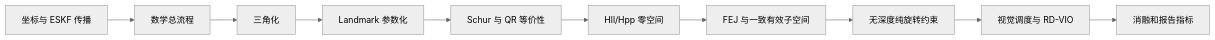
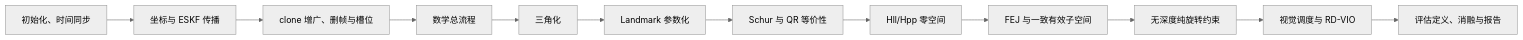
Before and after one commit to CainHu/SchurVIO: the diagram in docs/README.md, drawn with Mermaid (neutral theme). The commit also changed other lines of this file and 15 other files, not shown here.

````diff
--- a/docs/README.md
+++ b/docs/README.md
@@ -60,12 +64,14 @@
 ```mermaid
 flowchart LR
-    A["坐标与 ESKF 传播"] --> B["数学总流程"]
-    B --> C["三角化"]
-    C --> D["Landmark 参数化"]
-    D --> E["Schur 与 QR 等价性"]
-    E --> F["Hll/Hpp 零空间"]
-    F --> G["FEJ 与一致有效子空间"]
-    G --> H["无深度纯旋转约束"]
-    H --> I["视觉调度与 RD-VIO"]
-    I --> J["消融和报告指标"]
+    A["初始化、时间同步"] --> B["坐标与 ESKF 传播"]
+    B --> C["clone 增广、删帧与槽位"]
+    C --> D["数学总流程"]
+    D --> E["三角化"]
+    E --> F["Landmark 参数化"]
+    F --> G["Schur 与 QR 等价性"]
+    G --> H["Hll/Hpp 零空间"]
+    H --> I["FEJ 与一致有效子空间"]
+    I --> J["无深度纯旋转约束"]
+    J --> K["视觉调度与 RD-VIO"]
+    K --> L["评估定义、消融与报告"]
 ```
````
